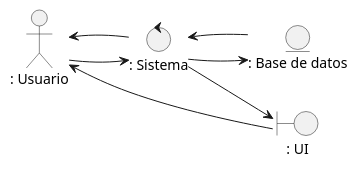
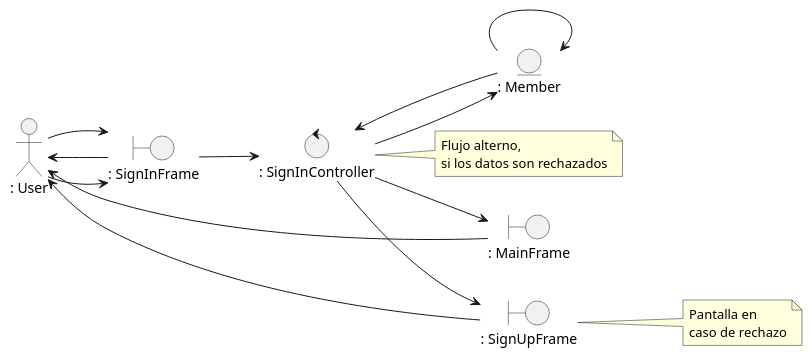
One commit to Danfloca02/ProyectoFacUpdate changed the diagram in docs/logicalView/analysisView/usecaseAnalysis/analysisDiagram/analysisDiagram/PlantUML/uc2_logIn.plantuml. Above: the diagram before and after it, drawn with PlantUML. The commit also changed 11 other files, not shown here.

```diff
--- a/docs/logicalView/analysisView/usecaseAnalysis/analysisDiagram/analysisDiagram/PlantUML/uc2_logIn.plantuml
+++ b/docs/logicalView/analysisView/usecaseAnalysis/analysisDiagram/analysisDiagram/PlantUML/uc2_logIn.plantuml
@@ -1,17 +1,34 @@
 @startuml uc2_login
 
 left to right direction
 
-actor ": Usuario" as user
-boundary ": UI" as vis
-entity ": Base de datos" as mod
-control ": Sistema" as con
+actor ": User" as user
+entity ": Member" as mod
+control ": SignInController" as con
+boundary ": SignInFrame" as vis
+boundary ": MainFrame" as main
+boundary ": SignUpFrame" as sup
 
-vis --> user
-con --> user
-user --> con
+note right of con
+    Flujo alterno, 
+    si los datos son rechazados
+end note
+
+note right of sup 
+    Pantalla en
+    caso de rechazo
+end note
+
+user --> vis
+vis --> user 
+user --> vis 
+vis --> con
 con --> mod 
+mod --> mod 
 mod --> con 
-con --> vis 
+con --> main 
+con --> sup 
+main --> user 
+sup --> user
 
 @enduml
```
